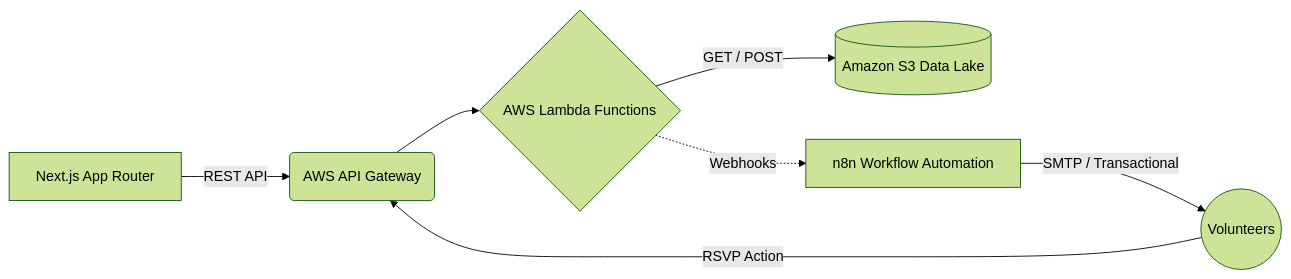
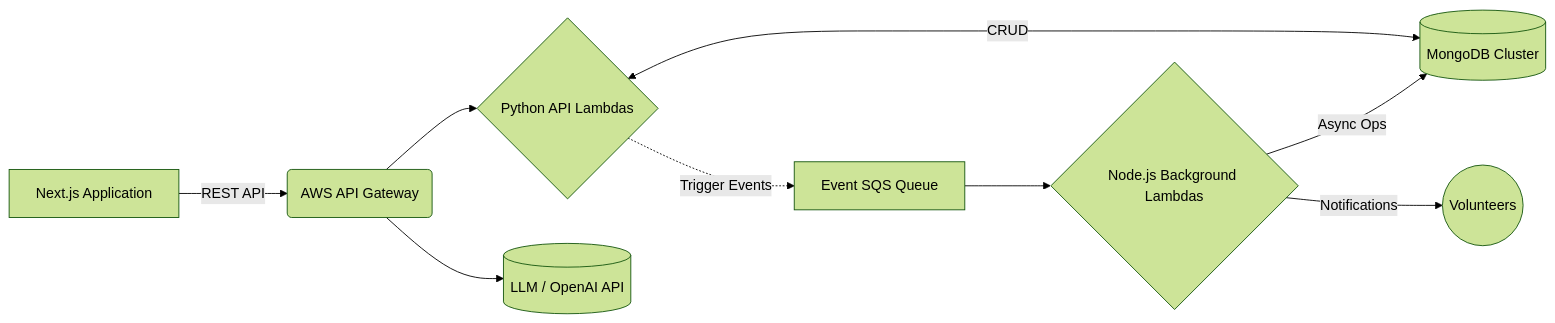
Before and after one commit to Shreyas-GN/Gatherly: the diagram in README.md, drawn with Mermaid (forest theme). The commit also changed other lines of this file and 10 other files, not shown here.

Commit message:
feat: implement event-driven architecture, MongoDB schema modeling, and AI-powered skill extraction workflows

````diff
--- a/README.md
+++ b/README.md
@@ -42,9 +42,11 @@
 ```mermaid
 graph LR
-    A["Next.js App Router"] -->|"REST API"| B("AWS API Gateway")
-    B --> C{"AWS Lambda Functions"}
-    C -->|"GET / POST"| D[("Amazon S3 Data Lake")]
-    C -.->|"Webhooks"| E["n8n Workflow Automation"]
-    E -->|"SMTP / Transactional"| F(("Volunteers"))
-    F -->|"RSVP Action"| B
+    A["Next.js Application"] -->|"REST API"| B("AWS API Gateway")
+    B --> C{"Python API Lambdas"}
+    B --> LLM[("LLM / OpenAI API")]
+    C <-->|"CRUD"| D[("MongoDB Cluster")]
+    C -.->|"Trigger Events"| E["Event SQS Queue"]
+    E --> F{"Node.js Background Lambdas"}
+    F -->|"Async Ops"| D
+    F -->|"Notifications"| G(("Volunteers"))
 ```
````
